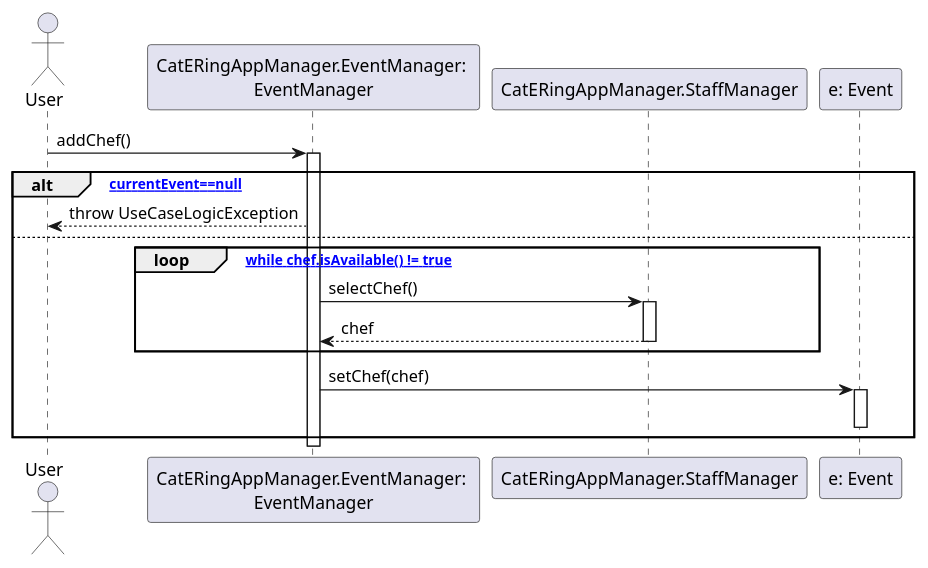
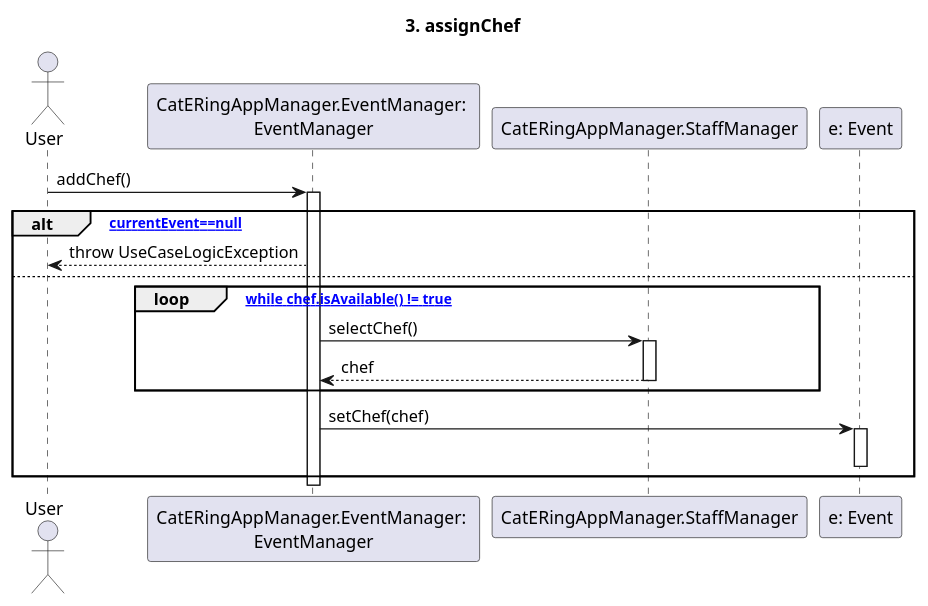
Before and after one commit to m0canu1/sas: the diagram in dsd/dsd-eventi/scenarioPrincipale/3-assignChef.md, drawn with PlantUML. The commit also changed 13 other files, not shown here.

````diff
--- a/dsd/dsd-eventi/scenarioPrincipale/3-assignChef.md
+++ b/dsd/dsd-eventi/scenarioPrincipale/3-assignChef.md
@@ -1,24 +1,27 @@
 ```plantuml
+
+title: 3. assignChef
+
 Actor User
 Participant "CatERingAppManager.EventManager: \nEventManager" as EM
 Participant "CatERingAppManager.StaffManager" as SM
 Participant "e: Event" as E
 
 User -> EM: addChef() 
 Activate EM
 alt [currentEvent==null]
     EM --> User: throw UseCaseLogicException
 else
     loop ["while chef.isAvailable() != true"]
         EM -> SM: selectChef()
         Activate SM
         SM --> EM: chef
         Deactivate SM
     end
     EM -> E: setChef(chef)
     Activate E
     Deactivate E
 end
 Deactivate EM
 
 ```
````
